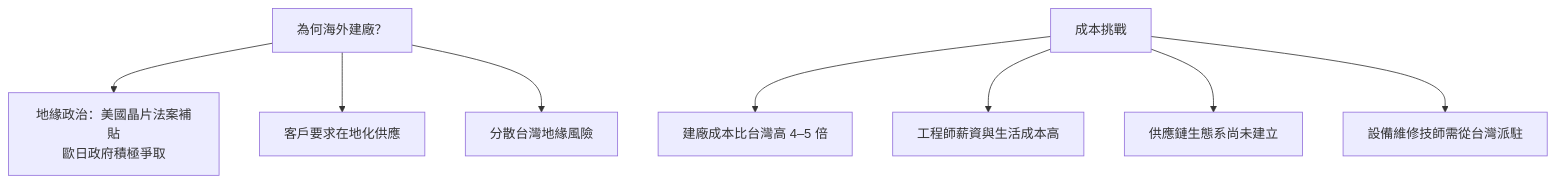
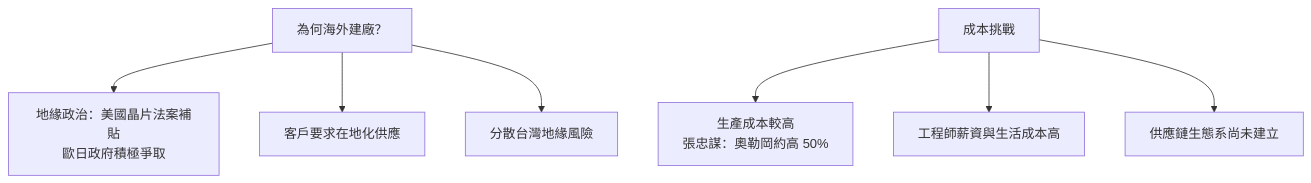
One commit to wizardhsiehcom/book changed the second of 2 diagrams in docs/tsmc/07-fabs.md. Above: the diagram before and after it, drawn with Mermaid. The commit also changed other lines of this file and 8 other files, not shown here.

````diff
--- a/docs/tsmc/07-fabs.md
+++ b/docs/tsmc/07-fabs.md
@@ -156,13 +144,12 @@
 ```mermaid
 flowchart TD
     WHY["為何海外建廠？"]
     WHY --> GEO["地緣政治：美國晶片法案補貼<br/>歐日政府積極爭取"]
     WHY --> CUST["客戶要求在地化供應"]
     WHY --> RISK["分散台灣地緣風險"]
 
     COST["成本挑戰"]
-    COST --> C1["建廠成本比台灣高 4–5 倍"]
+    COST --> C1["生產成本較高<br/>張忠謀：奧勒岡約高 50%"]
     COST --> C2["工程師薪資與生活成本高"]
     COST --> C3["供應鏈生態系尚未建立"]
-    COST --> C4["設備維修技師需從台灣派駐"]
 ```
````
